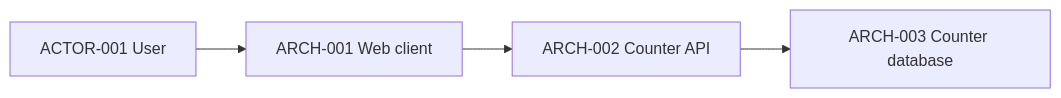
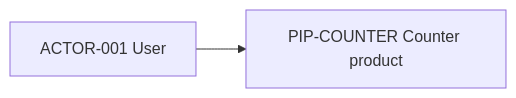
One commit to swabbie-dev/product-intent-package changed the diagram in skills/product-intent-manager/assets/example-product-intent-package/architecture/system-context.md. Above: the diagram before and after it, drawn with Mermaid. The commit also changed 40 other files, not shown here.

Commit message:
Update PIP runtime architecture guidance

````diff
--- a/skills/product-intent-manager/assets/example-product-intent-package/architecture/system-context.md
+++ b/skills/product-intent-manager/assets/example-product-intent-package/architecture/system-context.md
@@ -1,6 +1,4 @@
 ```mermaid
 flowchart LR
-  ACTOR_001["ACTOR-001 User"] --> ARCH_001["ARCH-001 Web client"]
-  ARCH_001 --> ARCH_002["ARCH-002 Counter API"]
-  ARCH_002 --> ARCH_003["ARCH-003 Counter database"]
+  ACTOR_001["ACTOR-001 User"] --> PIP_COUNTER["PIP-COUNTER Counter product"]
 ```
````
